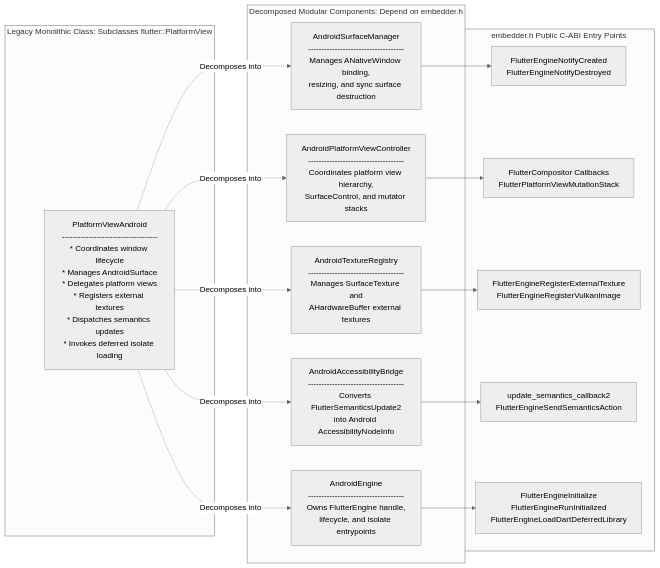
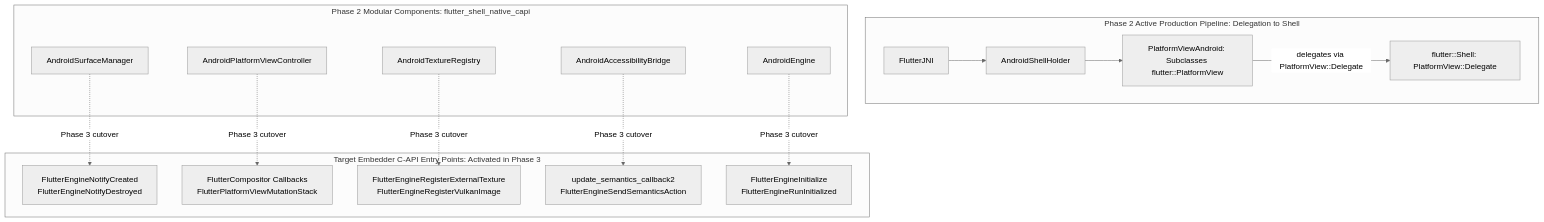
One commit to mboetger/rfc changed the ninth of 12 diagrams in rfc/410.0000-flutter-android-embedder-c-api-migration.md. Above: the diagram before and after it, drawn with Mermaid (neutral theme). The commit also changed other lines of this file, not shown here.

Commit message:
docs(rfc): clarify Phase 2 runtime delegation to Shell during PlatformViewAndroid decomposition

````diff
--- a/rfc/410.0000-flutter-android-embedder-c-api-migration.md
+++ b/rfc/410.0000-flutter-android-embedder-c-api-migration.md
@@ -1452,34 +1462,35 @@
 ```mermaid
-flowchart LR
-    subgraph Monolith["Legacy Monolithic Class: Subclasses flutter::PlatformView"]
-        PVA["PlatformViewAndroid<br/>------------------------------------<br/>* Coordinates window lifecycle<br/>* Manages AndroidSurface<br/>* Delegates platform views<br/>* Registers external textures<br/>* Dispatches semantics updates<br/>* Invokes deferred isolate loading"]
+flowchart TD
+    subgraph Phase2Prod["Phase 2 Active Production Pipeline: Delegation to Shell"]
+        FlutterJNI["FlutterJNI"]
+        ASH["AndroidShellHolder"]
+        PVA["PlatformViewAndroid: Subclasses flutter::PlatformView"]
+        Shell["flutter::Shell: PlatformView::Delegate"]
+
+        FlutterJNI --> ASH
+        ASH --> PVA
+        PVA -->|delegates via PlatformView::Delegate| Shell
     end
 
-    subgraph ModularCAPI["Decomposed Modular Components: Depend on embedder.h"]
-        ASM["AndroidSurfaceManager<br/>------------------------------------<br/>Manages ANativeWindow binding,<br/>resizing, and sync surface destruction"]
-        APVC["AndroidPlatformViewController<br/>------------------------------------<br/>Coordinates platform view hierarchy,<br/>SurfaceControl, and mutator stacks"]
-        ATR["AndroidTextureRegistry<br/>------------------------------------<br/>Manages SurfaceTexture and<br/>AHardwareBuffer external textures"]
-        AAB["AndroidAccessibilityBridge<br/>------------------------------------<br/>Converts FlutterSemanticsUpdate2<br/>into Android AccessibilityNodeInfo"]
-        AE["AndroidEngine<br/>------------------------------------<br/>Owns FlutterEngine handle,<br/>lifecycle, and isolate entrypoints"]
+    subgraph Phase2Modular["Phase 2 Modular Components: flutter_shell_native_capi"]
+        ASM["AndroidSurfaceManager"]
+        APVC["AndroidPlatformViewController"]
+        ATR["AndroidTextureRegistry"]
+        AAB["AndroidAccessibilityBridge"]
+        AE["AndroidEngine"]
     end
 
-    subgraph PublicCAPI["embedder.h Public C-ABI Entry Points"]
+    subgraph Phase3CAPI["Target Embedder C-API Entry Points: Activated in Phase 3"]
         SurfaceCAPI["FlutterEngineNotifyCreated<br/>FlutterEngineNotifyDestroyed"]
         PVCAPI["FlutterCompositor Callbacks<br/>FlutterPlatformViewMutationStack"]
         TexCAPI["FlutterEngineRegisterExternalTexture<br/>FlutterEngineRegisterVulkanImage"]
         A11yCAPI["update_semantics_callback2<br/>FlutterEngineSendSemanticsAction"]
-        EngineCAPI["FlutterEngineInitialize<br/>FlutterEngineRunInitialized<br/>FlutterEngineLoadDartDeferredLibrary"]
+        EngineCAPI["FlutterEngineInitialize<br/>FlutterEngineRunInitialized"]
     end
 
-    PVA -. Decomposes into .-> ASM
-    PVA -. Decomposes into .-> APVC
-    PVA -. Decomposes into .-> ATR
-    PVA -. Decomposes into .-> AAB
-    PVA -. Decomposes into .-> AE
-
-    ASM --> SurfaceCAPI
-    APVC --> PVCAPI
-    ATR --> TexCAPI
-    AAB --> A11yCAPI
-    AE --> EngineCAPI
+    ASM -. Phase 3 cutover .-> SurfaceCAPI
+    APVC -. Phase 3 cutover .-> PVCAPI
+    ATR -. Phase 3 cutover .-> TexCAPI
+    AAB -. Phase 3 cutover .-> A11yCAPI
+    AE -. Phase 3 cutover .-> EngineCAPI
 ```
````
